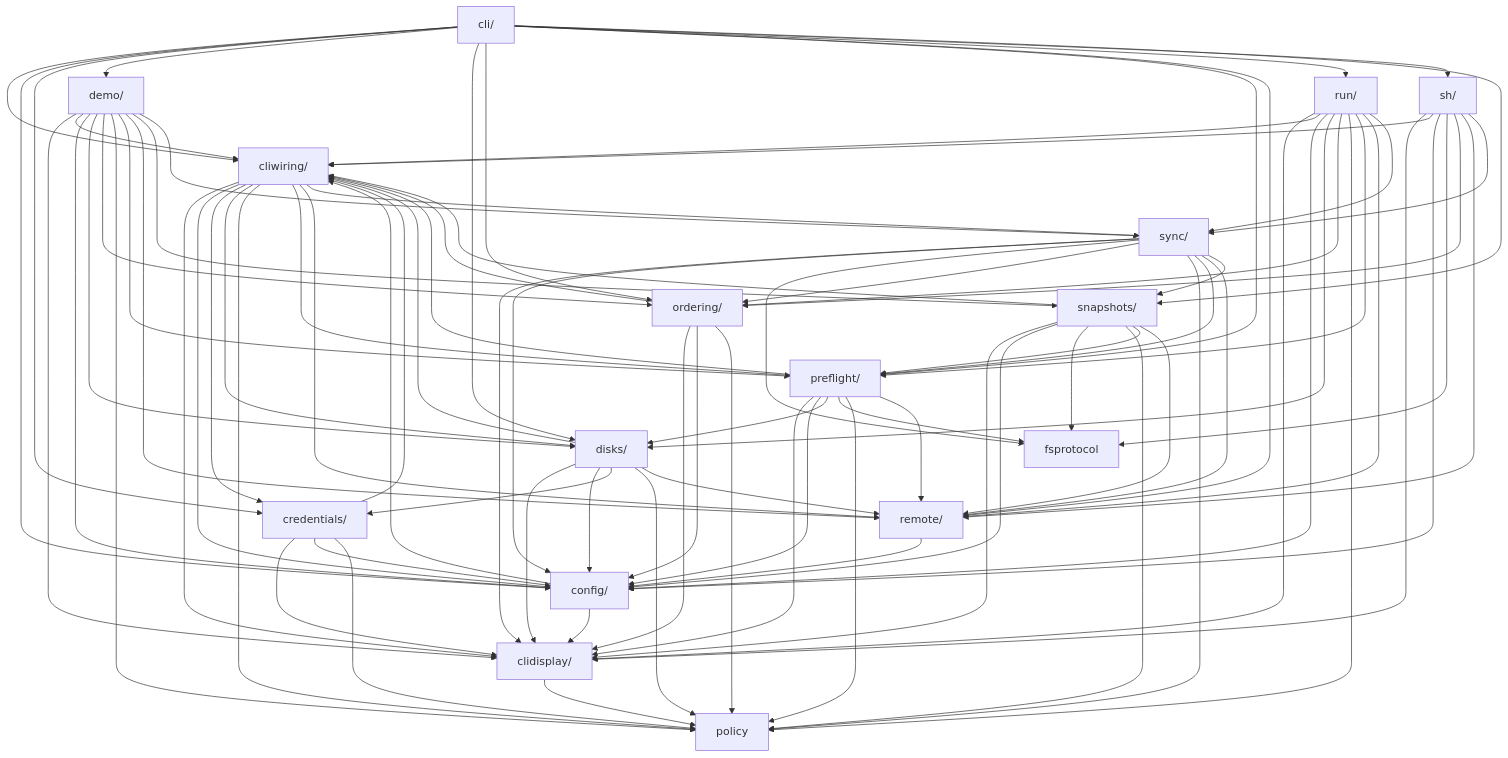
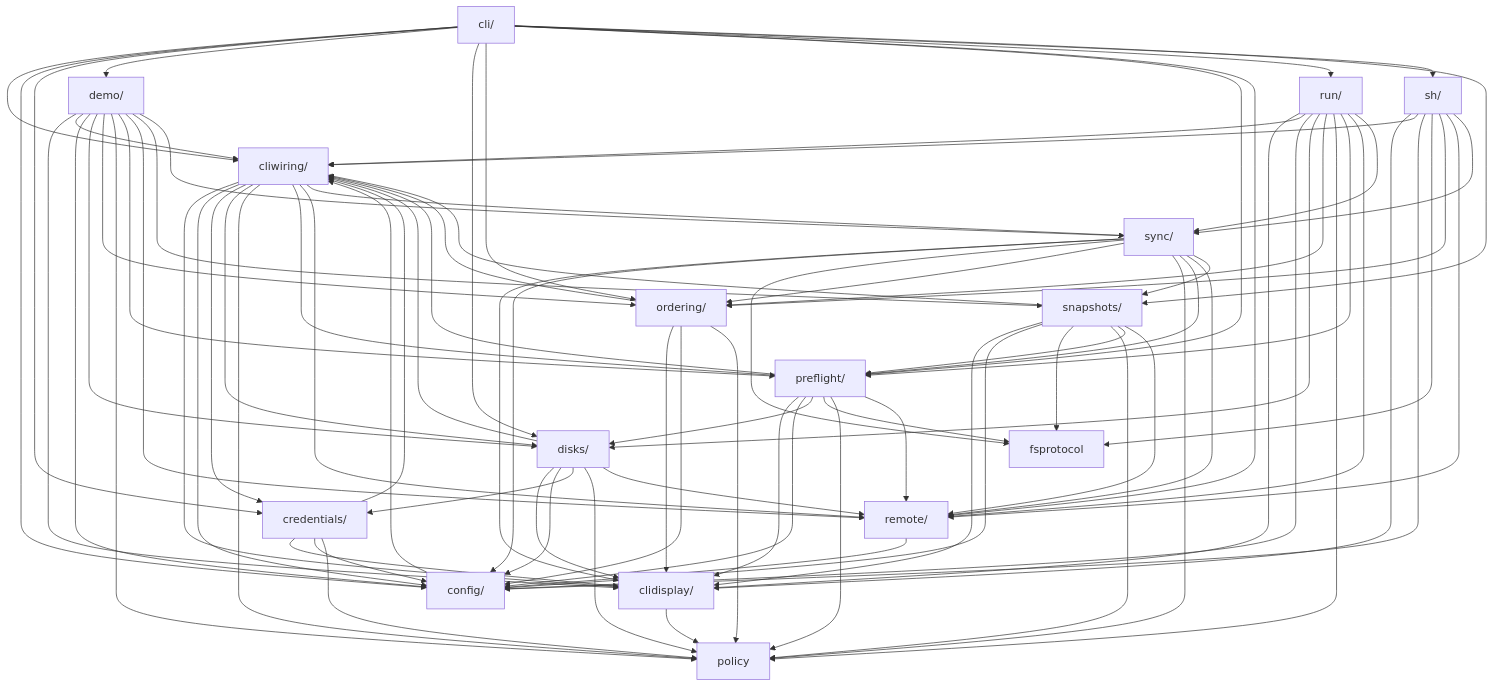
Before and after one commit to iglootools/nbkp: the diagram in docs/architecture.md, drawn with Mermaid. The commit also changed other lines of this file and 28 other files, not shown here.

```diff
--- a/docs/architecture.md
+++ b/docs/architecture.md
@@ -141,7 +141,6 @@
     cliwiring --> preflight
     cliwiring --> remote
     cliwiring --> sync
-    config --> clidisplay
     config --> cliwiring
     credentials --> clidisplay
     credentials --> cliwiring
```
